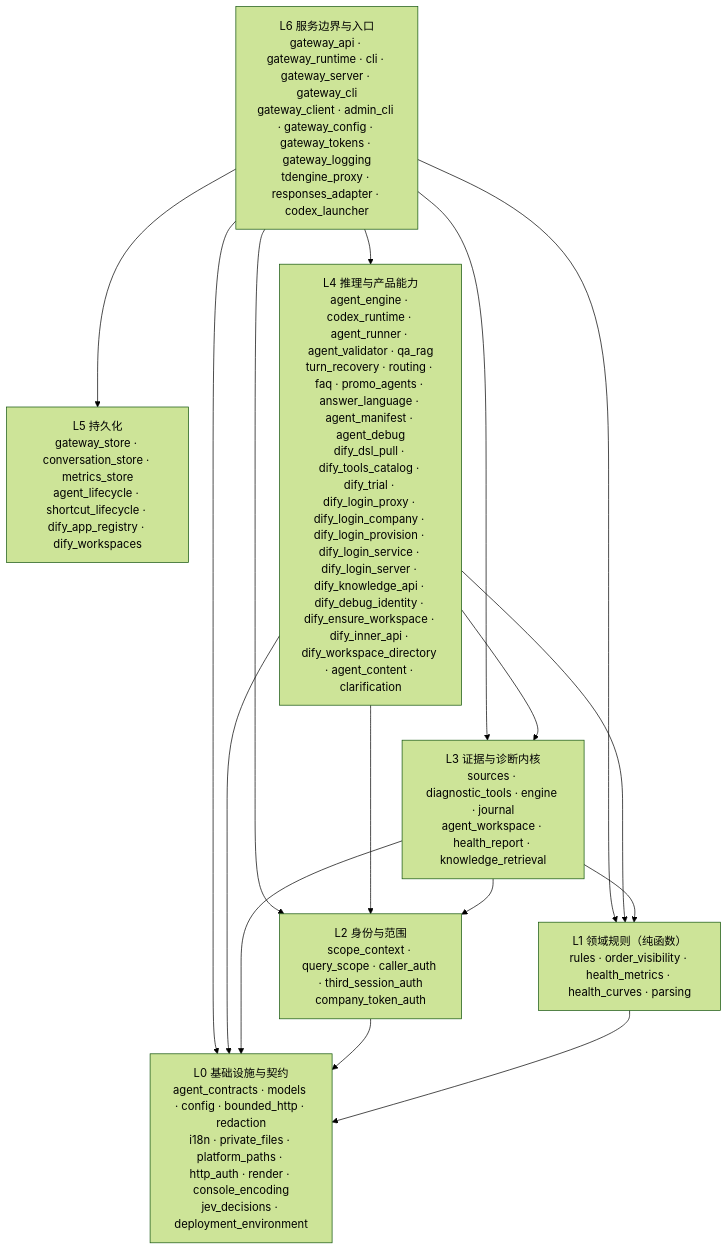
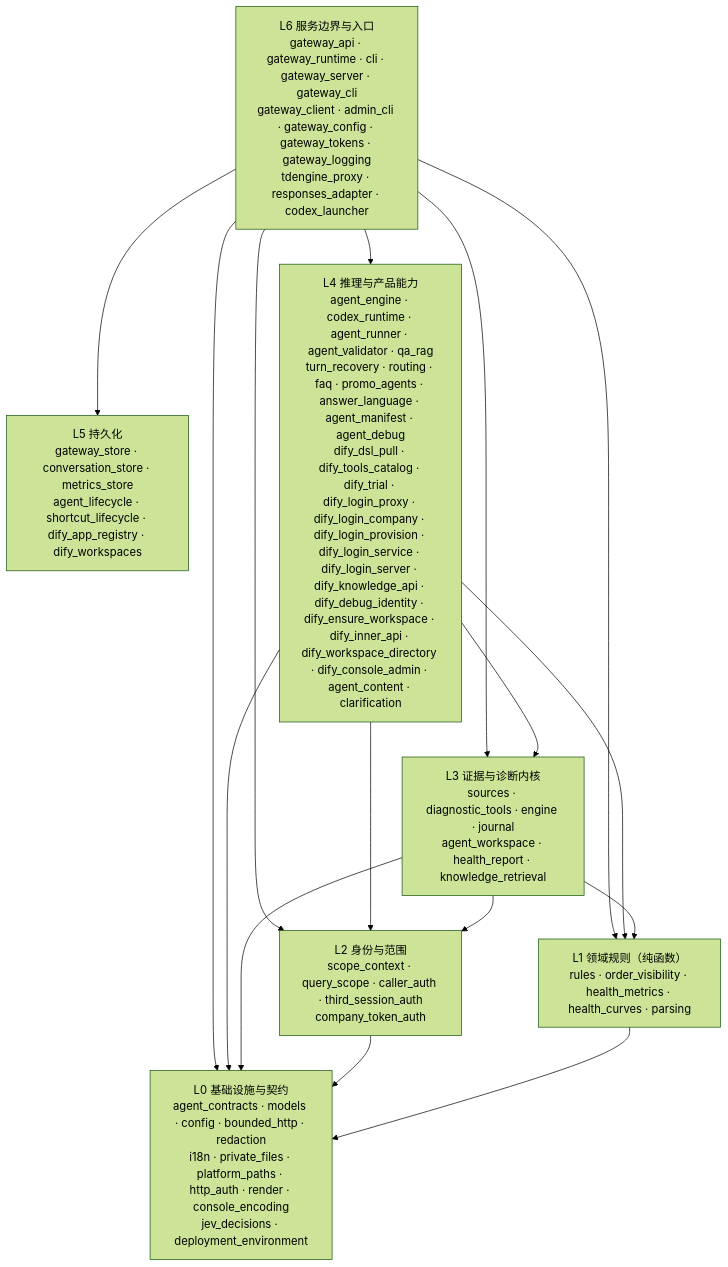
One commit to kilbertert/AI-Ops changed the diagram in README.md. Above: the diagram before and after it, drawn with Mermaid (forest theme). The commit also changed other lines of this file and 14 other files, not shown here.

First line of the commit message:
feat(dify): 让建出来的 workspace 能用 —— 插件、每 workspace 凭据、模板 DSL (#881)

````diff
--- a/README.md
+++ b/README.md
@@ -183,26 +183,26 @@
 ```mermaid
 flowchart TB
     L6["L6 服务边界与入口<br/>gateway_api · gateway_runtime · cli · gateway_server · gateway_cli<br/>gateway_client · admin_cli · gateway_config · gateway_tokens · gateway_logging<br/>tdengine_proxy · responses_adapter · codex_launcher"]
     L5["L5 持久化<br/>gateway_store · conversation_store · metrics_store<br/>agent_lifecycle · shortcut_lifecycle · dify_app_registry · dify_workspaces"]
-    L4["L4 推理与产品能力<br/>agent_engine · codex_runtime · agent_runner · agent_validator · qa_rag<br/>turn_recovery · routing · faq · promo_agents · answer_language · agent_manifest · agent_debug<br/>dify_dsl_pull · dify_tools_catalog · dify_trial · dify_login_proxy · dify_login_company · dify_login_provision · dify_login_service · dify_login_server · dify_knowledge_api · dify_debug_identity · dify_ensure_workspace · dify_inner_api · dify_workspace_directory · agent_content · clarification"]
+    L4["L4 推理与产品能力<br/>agent_engine · codex_runtime · agent_runner · agent_validator · qa_rag<br/>turn_recovery · routing · faq · promo_agents · answer_language · agent_manifest · agent_debug<br/>dify_dsl_pull · dify_tools_catalog · dify_trial · dify_login_proxy · dify_login_company · dify_login_provision · dify_login_service · dify_login_server · dify_knowledge_api · dify_debug_identity · dify_ensure_workspace · dify_inner_api · dify_workspace_directory · dify_console_admin · agent_content · clarification"]
     L3["L3 证据与诊断内核<br/>sources · diagnostic_tools · engine · journal<br/>agent_workspace · health_report · knowledge_retrieval"]
     L2["L2 身份与范围<br/>scope_context · query_scope · caller_auth · third_session_auth<br/>company_token_auth"]
     L1["L1 领域规则（纯函数）<br/>rules · order_visibility · health_metrics · health_curves · parsing"]
     L0["L0 基础设施与契约<br/>agent_contracts · models · config · bounded_http · redaction<br/>i18n · private_files · platform_paths · http_auth · render · console_encoding<br/>jev_decisions · deployment_environment"]
 
     L6 --> L5
     L6 --> L4
     L6 --> L3
     L6 --> L2
     L6 --> L1
     L6 --> L0
     L4 --> L3
     L4 --> L2
     L4 --> L1
     L4 --> L0
     L3 --> L2
     L3 --> L1
     L3 --> L0
     L2 --> L0
     L1 --> L0
 ```
````
